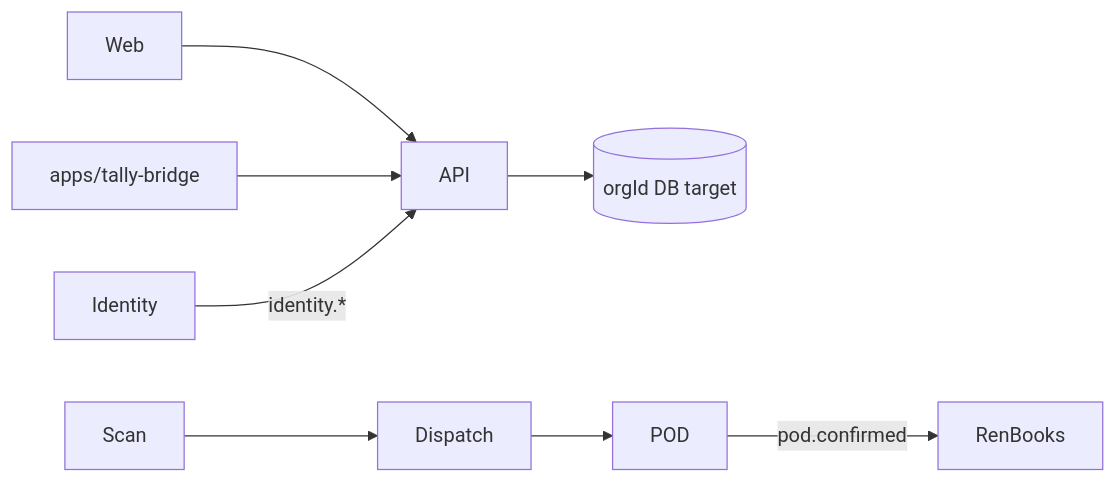
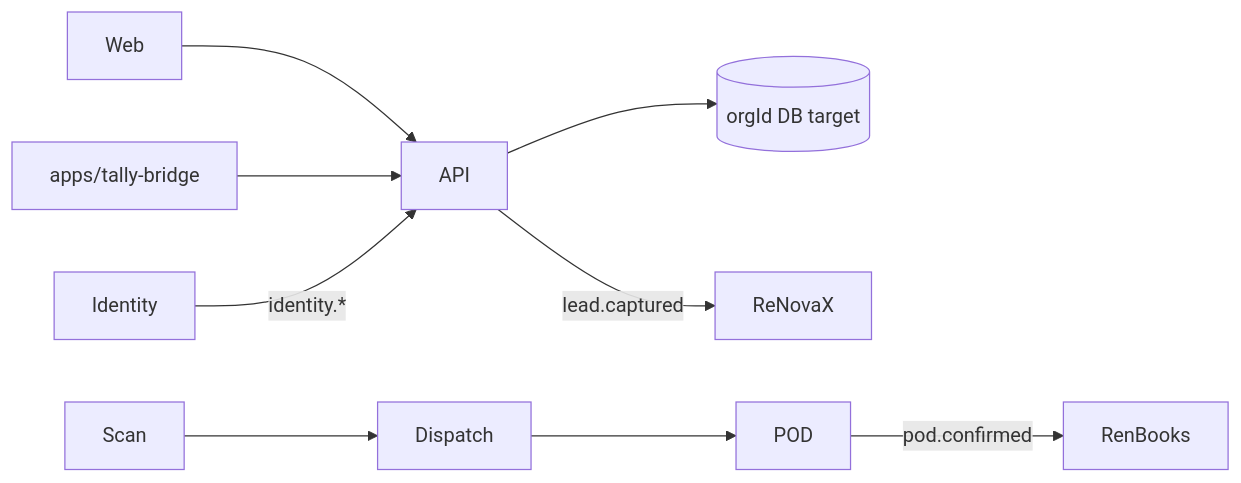
Before and after one commit to admin-renaissa/SmartLoad: the diagram in docs/CODEBASE_GRAPH.md, drawn with Mermaid. The commit also changed other lines of this file and 129 other files, not shown here.

````diff
--- a/docs/CODEBASE_GRAPH.md
+++ b/docs/CODEBASE_GRAPH.md
@@ -115,9 +121,10 @@
 ```mermaid
 flowchart LR
   Web --> API
   API --> DB[(orgId DB target)]
   Scan --> Dispatch --> POD
   POD -->|pod.confirmed| RenBooks
+  API -->|lead.captured| ReNovaX
   TallyBridge[apps/tally-bridge] --> API
   Identity -->|identity.*| API
 ```
````
